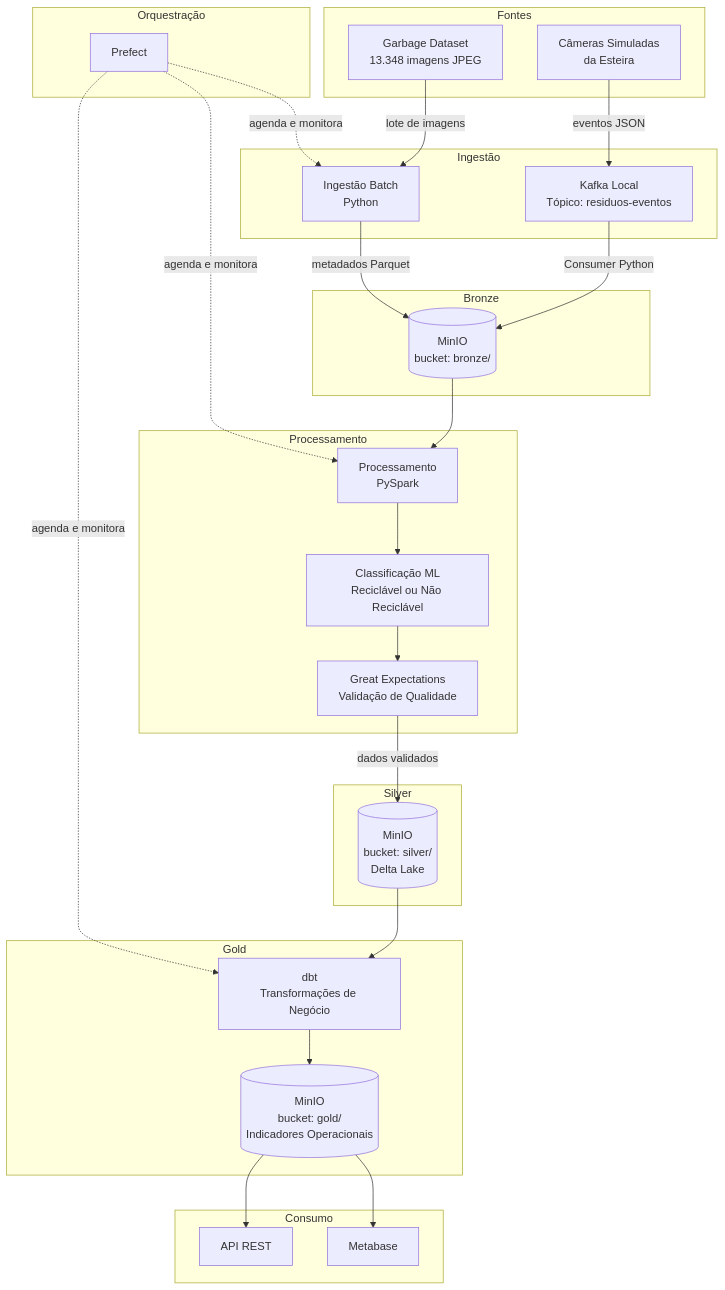
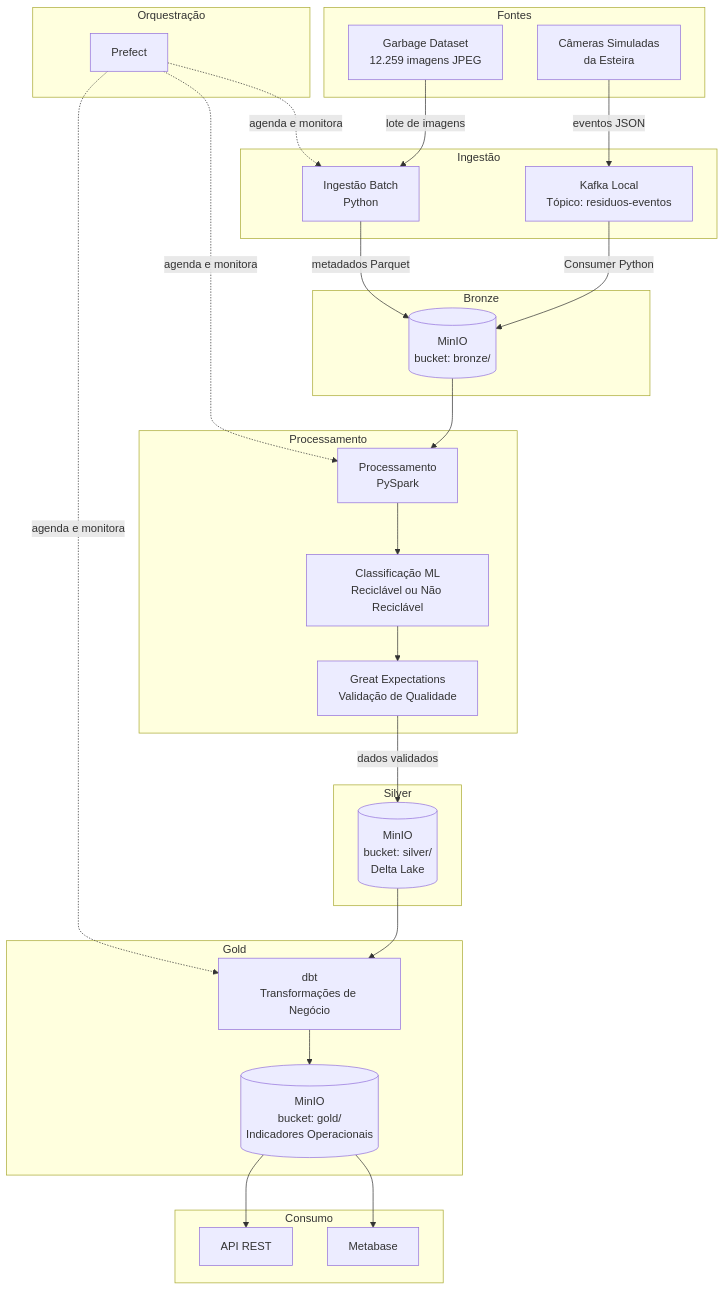
One commit to leonardoamaral90/uniceub_ecosort_eng216 changed the first of 2 diagrams in docs/04-arquitetura.md. Above: the diagram before and after it, drawn with Mermaid.

Commit message:
Correct image count in Garbage Dataset
Updated the number of images in the Garbage Dataset from 13,348 to 12,259.

````diff
--- a/docs/04-arquitetura.md
+++ b/docs/04-arquitetura.md
@@ -30,56 +30,56 @@
 ```mermaid
 flowchart TD
     subgraph Fontes
-        F1[Garbage Dataset\n13.348 imagens JPEG]
+        F1[Garbage Dataset\n12.259 imagens JPEG]
         F2[Câmeras Simuladas\nda Esteira]
     end
 
     subgraph Ingestão
         I1[Ingestão Batch\nPython]
         I2[Kafka Local\nTópico: residuos-eventos]
     end
 
     subgraph Bronze
         B[(MinIO\nbucket: bronze/)]
     end
 
     subgraph Processamento
         P1[Processamento\nPySpark]
         P2[Classificação ML\nReciclável ou Não Reciclável]
         P3[Great Expectations\nValidação de Qualidade]
     end
 
     subgraph Silver
         S[(MinIO\nbucket: silver/\nDelta Lake)]
     end
 
     subgraph Gold
         G1[dbt\nTransformações de Negócio]
         G[(MinIO\nbucket: gold/\nIndicadores Operacionais)]
     end
 
     subgraph Consumo
         C1[Metabase]
         C2[API REST]
     end
 
     subgraph Orquestração
         O[Prefect]
     end
 
     F1 -->|lote de imagens| I1
     F2 -->|eventos JSON| I2
     I1 -->|metadados Parquet| B
     I2 -->|Consumer Python| B
     B --> P1
     P1 --> P2
     P2 --> P3
     P3 -->|dados validados| S
     S --> G1
     G1 --> G
     G --> C1
     G --> C2
     O -.->|agenda e monitora| I1
     O -.->|agenda e monitora| P1
     O -.->|agenda e monitora| G1
 ```
````
